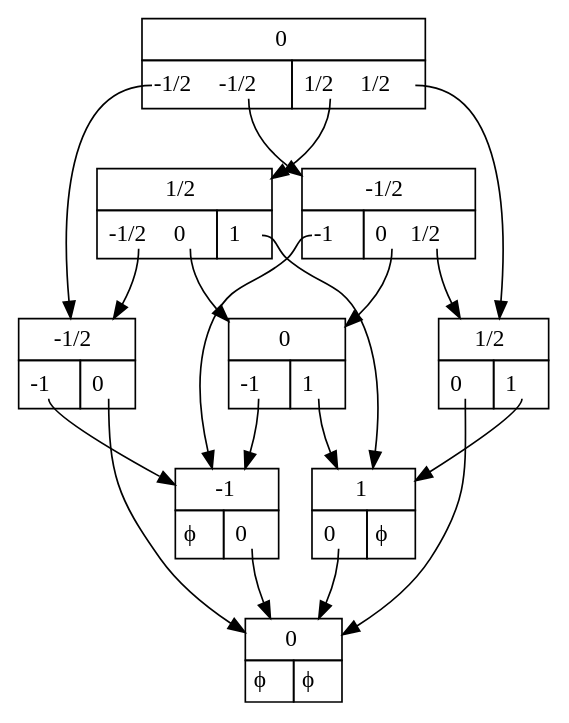
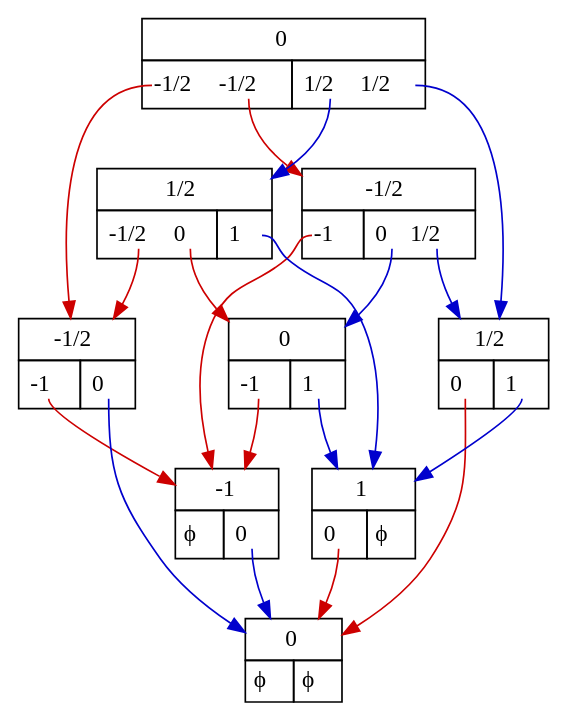
One commit to mroughan/SurrealNumbers.jl changed the diagram in examples/Data/subtraction_ex_3.dot. Above: the diagram before and after it, drawn with Graphviz. The commit also changed 42 other files, not shown here.

```diff
--- a/examples/Data/subtraction_ex_3.dot
+++ b/examples/Data/subtraction_ex_3.dot
@@ -1,74 +1,74 @@
 digraph "0.0" {
    node_1 [shape=none,margin=0,label=
          <<TABLE BORDER="0" CELLBORDER="1" CELLSPACING="0" CELLPADDING="4">
          <TR><TD COLSPAN="2">0</TD></TR>
          <TR><TD PORT="L"> <TABLE BORDER="0" CELLBORDER="0" CELLPADDING="0"><TR><TD PORT="-1/2,1"> -1/2 </TD> &nbsp; <TD PORT="-1/2,2"> -1/2 </TD> &nbsp; </TR></TABLE> </TD><TD PORT="R"> <TABLE BORDER="0" CELLBORDER="0" CELLPADDING="0"><TR><TD PORT="1/2,1"> 1/2 </TD> &nbsp; <TD PORT="1/2,2"> 1/2 </TD> &nbsp; </TR></TABLE> </TD></TR>
          </TABLE>>,
          ];
-   node_1:"-1/2,1" -> node_2;
+   node_1:"-1/2,1" -> node_2 [color="red3"];
    node_2 [shape=none,margin=0,label=
          <<TABLE BORDER="0" CELLBORDER="1" CELLSPACING="0" CELLPADDING="4">
          <TR><TD COLSPAN="2">-1/2</TD></TR>
          <TR><TD PORT="L"> <TABLE BORDER="0" CELLBORDER="0" CELLPADDING="0"><TR><TD PORT="-1,1"> -1 </TD> &nbsp; </TR></TABLE> </TD><TD PORT="R"> <TABLE BORDER="0" CELLBORDER="0" CELLPADDING="0"><TR><TD PORT="0,1"> 0 </TD> &nbsp; </TR></TABLE> </TD></TR>
          </TABLE>>,
          ];
-   node_2:"-1,1" -> node_3;
+   node_2:"-1,1" -> node_3 [color="red3"];
    node_3 [shape=none,margin=0,label=
          <<TABLE BORDER="0" CELLBORDER="1" CELLSPACING="0" CELLPADDING="4">
          <TR><TD COLSPAN="2">-1</TD></TR>
          <TR><TD PORT="L"> ϕ </TD><TD PORT="R"> <TABLE BORDER="0" CELLBORDER="0" CELLPADDING="0"><TR><TD PORT="0,1"> 0 </TD> &nbsp; </TR></TABLE> </TD></TR>
          </TABLE>>,
          ];
-   node_3:"0,1" -> node_4;
+   node_3:"0,1" -> node_4 [color="blue3"];
    node_4 [shape=none,margin=0,label=
          <<TABLE BORDER="0" CELLBORDER="1" CELLSPACING="0" CELLPADDING="4">
          <TR><TD COLSPAN="2">0</TD></TR>
          <TR><TD PORT="L"> ϕ </TD><TD PORT="R"> ϕ </TD></TR>
          </TABLE>>,
          ];
-   node_2:"0,1" -> node_4;
-   node_1:"-1/2,2" -> node_5;
+   node_2:"0,1" -> node_4 [color="blue3"];
+   node_1:"-1/2,2" -> node_5 [color="red3"];
    node_5 [shape=none,margin=0,label=
          <<TABLE BORDER="0" CELLBORDER="1" CELLSPACING="0" CELLPADDING="4">
          <TR><TD COLSPAN="2">-1/2</TD></TR>
          <TR><TD PORT="L"> <TABLE BORDER="0" CELLBORDER="0" CELLPADDING="0"><TR><TD PORT="-1,1"> -1 </TD> &nbsp; </TR></TABLE> </TD><TD PORT="R"> <TABLE BORDER="0" CELLBORDER="0" CELLPADDING="0"><TR><TD PORT="0,1"> 0 </TD> &nbsp; <TD PORT="1/2,2"> 1/2 </TD> &nbsp; </TR></TABLE> </TD></TR>
          </TABLE>>,
          ];
-   node_5:"-1,1" -> node_3;
-   node_5:"0,1" -> node_6;
+   node_5:"-1,1" -> node_3 [color="red3"];
+   node_5:"0,1" -> node_6 [color="blue3"];
    node_6 [shape=none,margin=0,label=
          <<TABLE BORDER="0" CELLBORDER="1" CELLSPACING="0" CELLPADDING="4">
          <TR><TD COLSPAN="2">0</TD></TR>
          <TR><TD PORT="L"> <TABLE BORDER="0" CELLBORDER="0" CELLPADDING="0"><TR><TD PORT="-1,1"> -1 </TD> &nbsp; </TR></TABLE> </TD><TD PORT="R"> <TABLE BORDER="0" CELLBORDER="0" CELLPADDING="0"><TR><TD PORT="1,1"> 1 </TD> &nbsp; </TR></TABLE> </TD></TR>
          </TABLE>>,
          ];
-   node_6:"-1,1" -> node_3;
-   node_6:"1,1" -> node_7;
+   node_6:"-1,1" -> node_3 [color="red3"];
+   node_6:"1,1" -> node_7 [color="blue3"];
    node_7 [shape=none,margin=0,label=
          <<TABLE BORDER="0" CELLBORDER="1" CELLSPACING="0" CELLPADDING="4">
          <TR><TD COLSPAN="2">1</TD></TR>
          <TR><TD PORT="L"> <TABLE BORDER="0" CELLBORDER="0" CELLPADDING="0"><TR><TD PORT="0,1"> 0 </TD> &nbsp; </TR></TABLE> </TD><TD PORT="R"> ϕ </TD></TR>
          </TABLE>>,
          ];
-   node_7:"0,1" -> node_4;
-   node_5:"1/2,2" -> node_8;
+   node_7:"0,1" -> node_4 [color="red3"];
+   node_5:"1/2,2" -> node_8 [color="blue3"];
    node_8 [shape=none,margin=0,label=
          <<TABLE BORDER="0" CELLBORDER="1" CELLSPACING="0" CELLPADDING="4">
          <TR><TD COLSPAN="2">1/2</TD></TR>
          <TR><TD PORT="L"> <TABLE BORDER="0" CELLBORDER="0" CELLPADDING="0"><TR><TD PORT="0,1"> 0 </TD> &nbsp; </TR></TABLE> </TD><TD PORT="R"> <TABLE BORDER="0" CELLBORDER="0" CELLPADDING="0"><TR><TD PORT="1,1"> 1 </TD> &nbsp; </TR></TABLE> </TD></TR>
          </TABLE>>,
          ];
-   node_8:"0,1" -> node_4;
-   node_8:"1,1" -> node_7;
-   node_1:"1/2,1" -> node_9;
+   node_8:"0,1" -> node_4 [color="red3"];
+   node_8:"1,1" -> node_7 [color="blue3"];
+   node_1:"1/2,1" -> node_9 [color="blue3"];
    node_9 [shape=none,margin=0,label=
          <<TABLE BORDER="0" CELLBORDER="1" CELLSPACING="0" CELLPADDING="4">
          <TR><TD COLSPAN="2">1/2</TD></TR>
          <TR><TD PORT="L"> <TABLE BORDER="0" CELLBORDER="0" CELLPADDING="0"><TR><TD PORT="-1/2,1"> -1/2 </TD> &nbsp; <TD PORT="0,2"> 0 </TD> &nbsp; </TR></TABLE> </TD><TD PORT="R"> <TABLE BORDER="0" CELLBORDER="0" CELLPADDING="0"><TR><TD PORT="1,1"> 1 </TD> &nbsp; </TR></TABLE> </TD></TR>
          </TABLE>>,
          ];
-   node_9:"-1/2,1" -> node_2;
-   node_9:"0,2" -> node_6;
-   node_9:"1,1" -> node_7;
-   node_1:"1/2,2" -> node_8;
+   node_9:"-1/2,1" -> node_2 [color="red3"];
+   node_9:"0,2" -> node_6 [color="red3"];
+   node_9:"1,1" -> node_7 [color="blue3"];
+   node_1:"1/2,2" -> node_8 [color="blue3"];
 }
```
